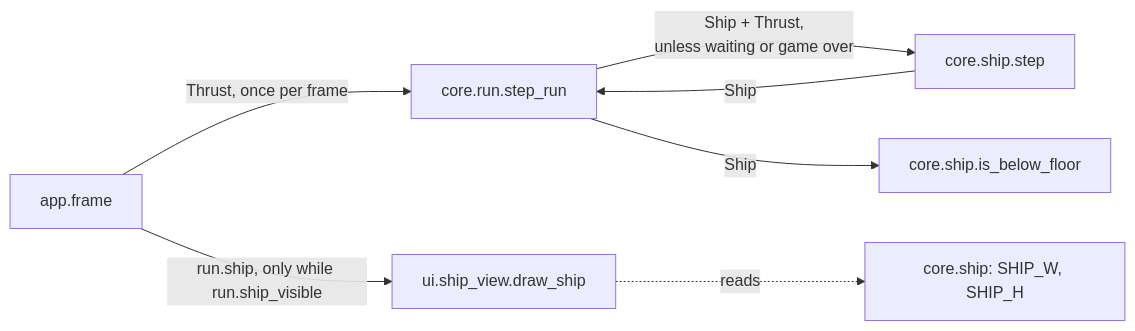
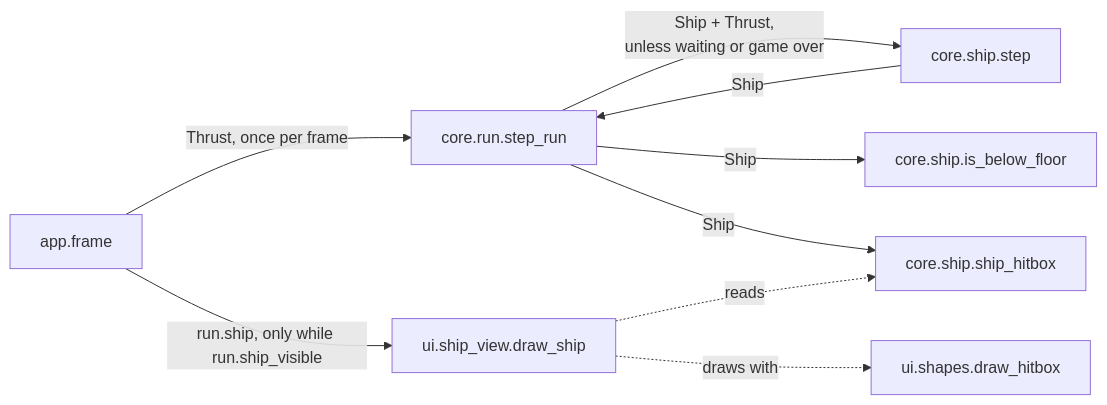
One commit to david-mntl/driftward-ace changed the second of 2 diagrams in docs/contracts/systems/ship.md. Above: the diagram before and after it, drawn with Mermaid. The commit also changed other lines of this file and 17 other files, not shown here.

Commit message:
docs(contracts): add objects spec and schemas, update run, ship, app and overlay specs

````diff
--- a/docs/contracts/systems/ship.md
+++ b/docs/contracts/systems/ship.md
@@ -40,9 +54,11 @@
 ```mermaid
 flowchart LR
   APP["app.frame"] -- "Thrust, once per frame" --> RUN["core.run.step_run"]
   RUN -- "Ship + Thrust,<br/>unless waiting or game over" --> STEP["core.ship.step"]
   STEP -- "Ship" --> RUN
   RUN -- "Ship" --> FL["core.ship.is_below_floor"]
+  RUN -- "Ship" --> HB["core.ship.ship_hitbox"]
   APP -- "run.ship, only while run.ship_visible" --> VIEW["ui.ship_view.draw_ship"]
-  VIEW -. reads .-> C["core.ship: SHIP_W, SHIP_H"]
+  VIEW -. "reads" .-> HB
+  VIEW -. "draws with" .-> SHP["ui.shapes.draw_hitbox"]
 ```
````
